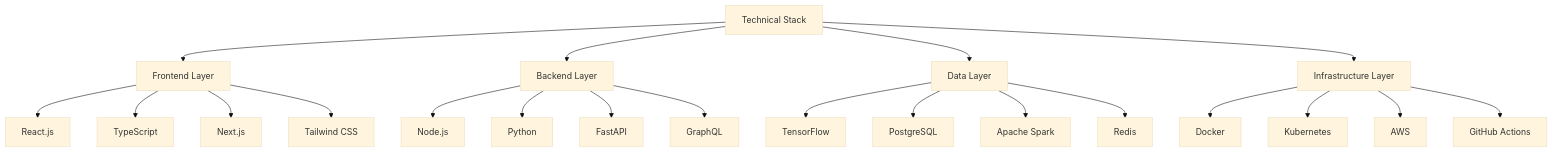
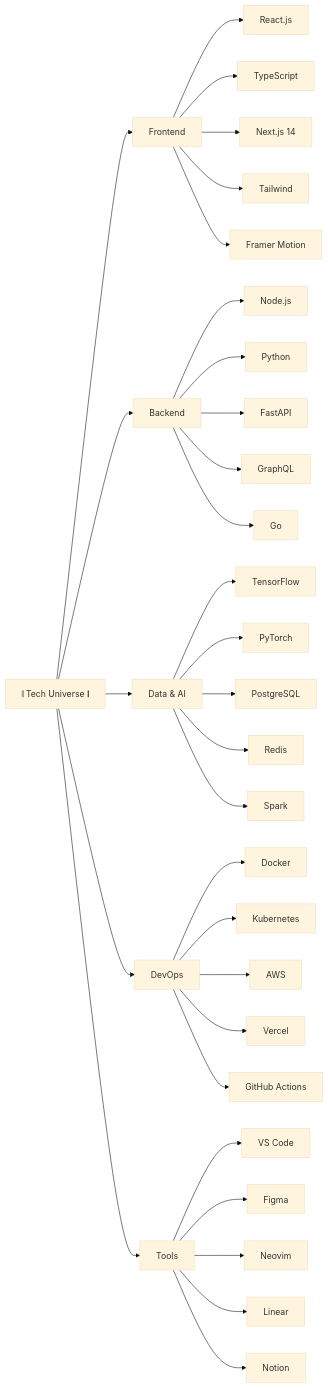
Before and after one commit to clevervi/clevervi: the diagram in README.md, drawn with Mermaid (base theme). The commit also changed other lines of this file, not shown here.

````diff
--- a/README.md
+++ b/README.md
@@ -23,27 +25,38 @@
 ```mermaid
-graph TD
-    A[Technical Stack] --> B[Frontend Layer]
-    A --> C[Backend Layer]
-    A --> D[Data Layer]
-    A --> E[Infrastructure Layer]
+graph LR
+    A[𝄂 Tech Universe 𝄂] --> F[Frontend]
+    A --> B[Backend]
+    A --> D[Data & AI]
+    A --> O[DevOps]
+    A --> T[Tools]
     
-    B --> B1[React.js]
-    B --> B2[TypeScript]
-    B --> B3[Next.js]
-    B --> B4[Tailwind CSS]
+    F --> F1[React.js]
+    F --> F2[TypeScript]
+    F --> F3[Next.js 14]
+    F --> F4[Tailwind]
+    F --> F5[Framer Motion]
     
-    C --> C1[Node.js]
-    C --> C2[Python]
-    C --> C3[FastAPI]
-    C --> C4[GraphQL]
+    B --> B1[Node.js]
+    B --> B2[Python]
+    B --> B3[FastAPI]
+    B --> B4[GraphQL]
+    B --> B5[Go]
     
     D --> D1[TensorFlow]
-    D --> D2[PostgreSQL]
-    D --> D3[Apache Spark]
+    D --> D2[PyTorch]
+    D --> D3[PostgreSQL]
     D --> D4[Redis]
+    D --> D5[Spark]
     
-    E --> E1[Docker]
-    E --> E2[Kubernetes]
-    E --> E3[AWS]
-    E --> E4[GitHub Actions]
+    O --> O1[Docker]
+    O --> O2[Kubernetes]
+    O --> O3[AWS]
+    O --> O4[Vercel]
+    O --> O5[GitHub Actions]
+    
+    T --> T1[VS Code]
+    T --> T2[Figma]
+    T --> T3[Neovim]
+    T --> T4[Linear]
+    T --> T5[Notion]
 ```
````
